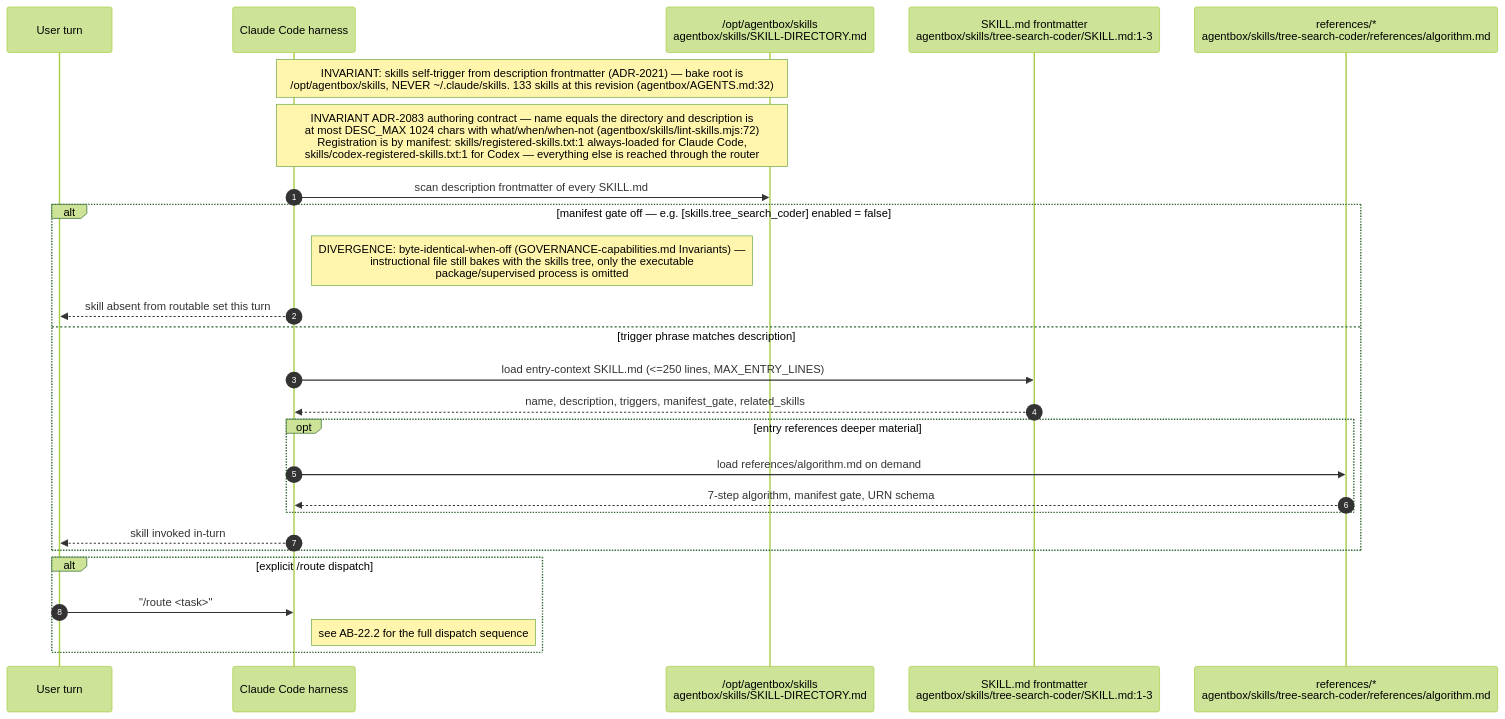
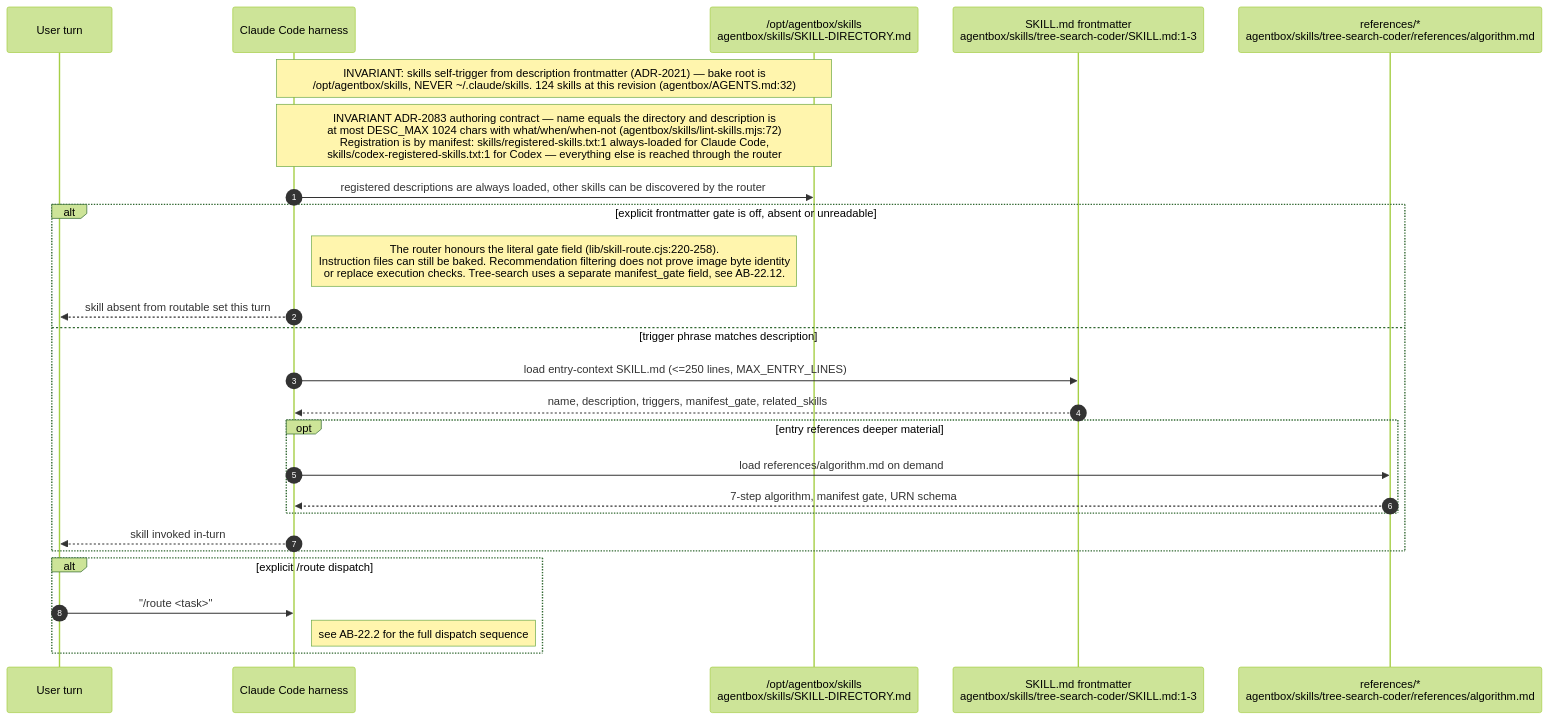
Before and after one commit to DreamLab-AI/VisionFlow: the first of 12 diagrams in docs/diagrams/agentbox/22-skills-and-routing.md, drawn with Mermaid (forest theme). The commit also changed other lines of this file and 6 other files, not shown here.

````diff
--- a/docs/diagrams/agentbox/22-skills-and-routing.md
+++ b/docs/diagrams/agentbox/22-skills-and-routing.md
@@ -69,29 +69,29 @@
 ```mermaid
 sequenceDiagram
     autonumber
     participant U as User turn
     participant H as Claude Code harness
     participant FS as /opt/agentbox/skills<br/>agentbox/skills/SKILL-DIRECTORY.md
     participant SK as SKILL.md frontmatter<br/>agentbox/skills/tree-search-coder/SKILL.md:1-3
     participant REF as references/*<br/>agentbox/skills/tree-search-coder/references/algorithm.md
 
-    Note over H,FS: INVARIANT: skills self-trigger from description frontmatter (ADR-2021) — bake root is<br/>/opt/agentbox/skills, NEVER ~/.claude/skills. 133 skills at this revision (agentbox/AGENTS.md:32)
+    Note over H,FS: INVARIANT: skills self-trigger from description frontmatter (ADR-2021) — bake root is<br/>/opt/agentbox/skills, NEVER ~/.claude/skills. 124 skills at this revision (agentbox/AGENTS.md:32)
     Note over H,FS: INVARIANT ADR-2083 authoring contract — name equals the directory and description is<br/>at most DESC_MAX 1024 chars with what/when/when-not (agentbox/skills/lint-skills.mjs:72)<br/>Registration is by manifest: skills/registered-skills.txt:1 always-loaded for Claude Code,<br/>skills/codex-registered-skills.txt:1 for Codex — everything else is reached through the router
-    H->>FS: scan description frontmatter of every SKILL.md
-    alt manifest gate off — e.g. [skills.tree_search_coder] enabled = false
-        Note right of H: DIVERGENCE: byte-identical-when-off (GOVERNANCE-capabilities.md Invariants) —<br/>instructional file still bakes with the skills tree, only the executable<br/>package/supervised process is omitted
+    H->>FS: registered descriptions are always loaded, other skills can be discovered by the router
+    alt explicit frontmatter gate is off, absent or unreadable
+        Note right of H: The router honours the literal gate field (lib/skill-route.cjs:220-258).<br/>Instruction files can still be baked. Recommendation filtering does not prove image byte identity<br/>or replace execution checks. Tree-search uses a separate manifest_gate field, see AB-22.12.
         H-->>U: skill absent from routable set this turn
     else trigger phrase matches description
         H->>SK: load entry-context SKILL.md (<=250 lines, MAX_ENTRY_LINES)
         SK-->>H: name, description, triggers, manifest_gate, related_skills
         opt entry references deeper material
             H->>REF: load references/algorithm.md on demand
             REF-->>H: 7-step algorithm, manifest gate, URN schema
         end
         H-->>U: skill invoked in-turn
     end
     alt explicit /route dispatch
         U->>H: "/route <task>"
         Note right of H: see AB-22.2 for the full dispatch sequence
     end
 ```
````
